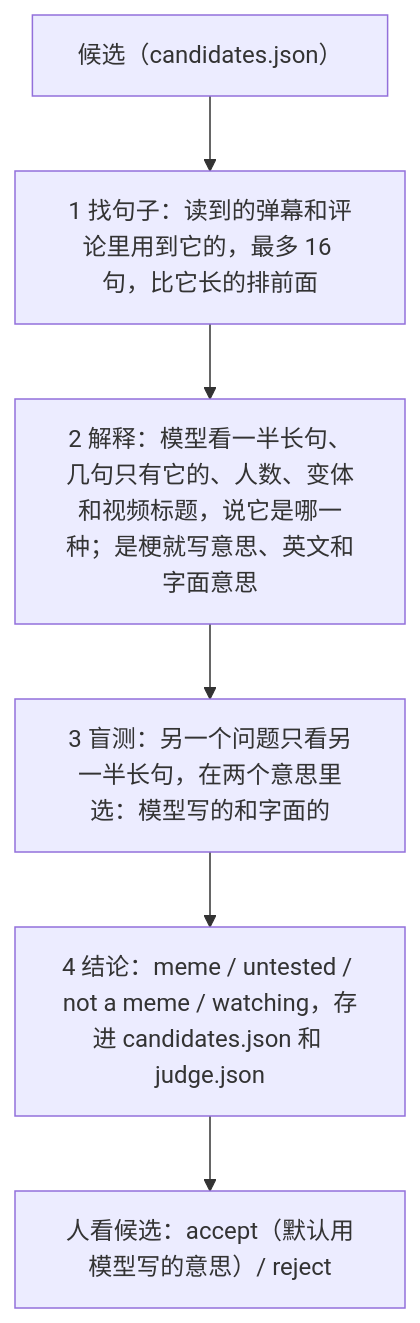
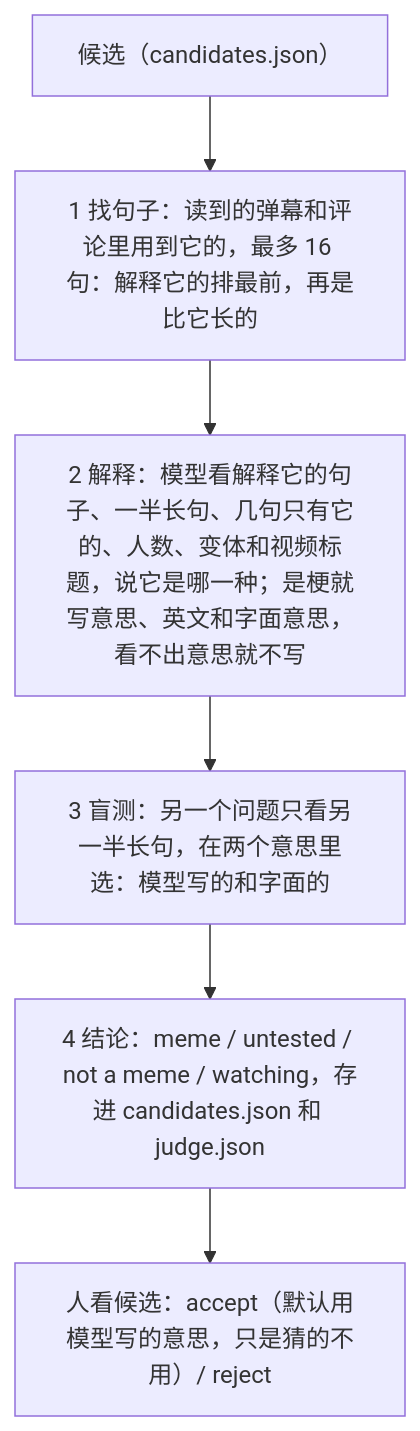
Before and after one commit to HHCreator/MemeLearnerBot: the second of 2 diagrams in docs/DESIGN.md, drawn with Mermaid. The commit also changed other lines of this file and 5 other files, not shown here.

````diff
--- a/docs/DESIGN.md
+++ b/docs/DESIGN.md
@@ -59,8 +59,8 @@
 ```mermaid
 flowchart TD
-    A["候选（candidates.json）"] --> B["1 找句子：读到的弹幕和评论里用到它的，最多 16 句，比它长的排前面"]
-    B --> D["2 解释：模型看一半长句、几句只有它的、人数、变体和视频标题，说它是哪一种；是梗就写意思、英文和字面意思"]
+    A["候选（candidates.json）"] --> B["1 找句子：读到的弹幕和评论里用到它的，最多 16 句：解释它的排最前，再是比它长的"]
+    B --> D["2 解释：模型看解释它的句子、一半长句、几句只有它的、人数、变体和视频标题，说它是哪一种；是梗就写意思、英文和字面意思，看不出意思就不写"]
     D --> E["3 盲测：另一个问题只看另一半长句，在两个意思里选：模型写的和字面的"]
     E --> F["4 结论：meme / untested / not a meme / watching，存进 candidates.json 和 judge.json"]
-    F --> G["人看候选：accept（默认用模型写的意思）/ reject"]
+    F --> G["人看候选：accept（默认用模型写的意思，只是猜的不用）/ reject"]
 ```
````
